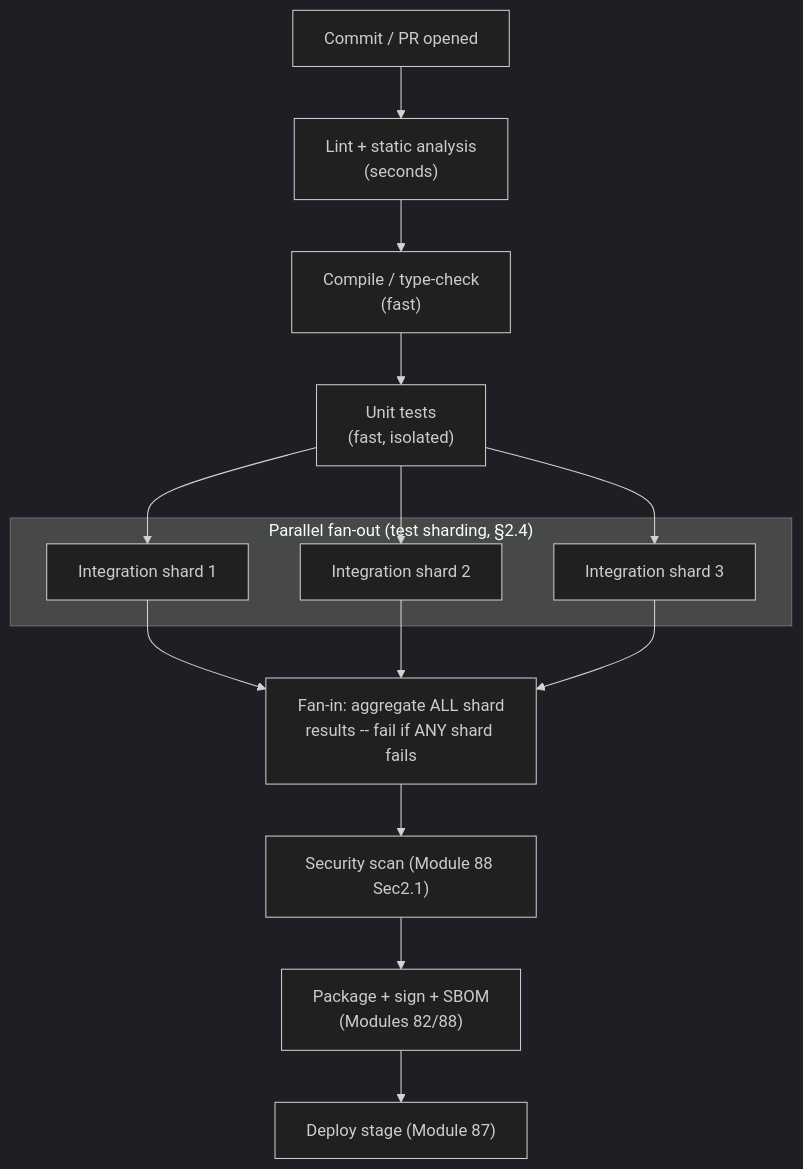
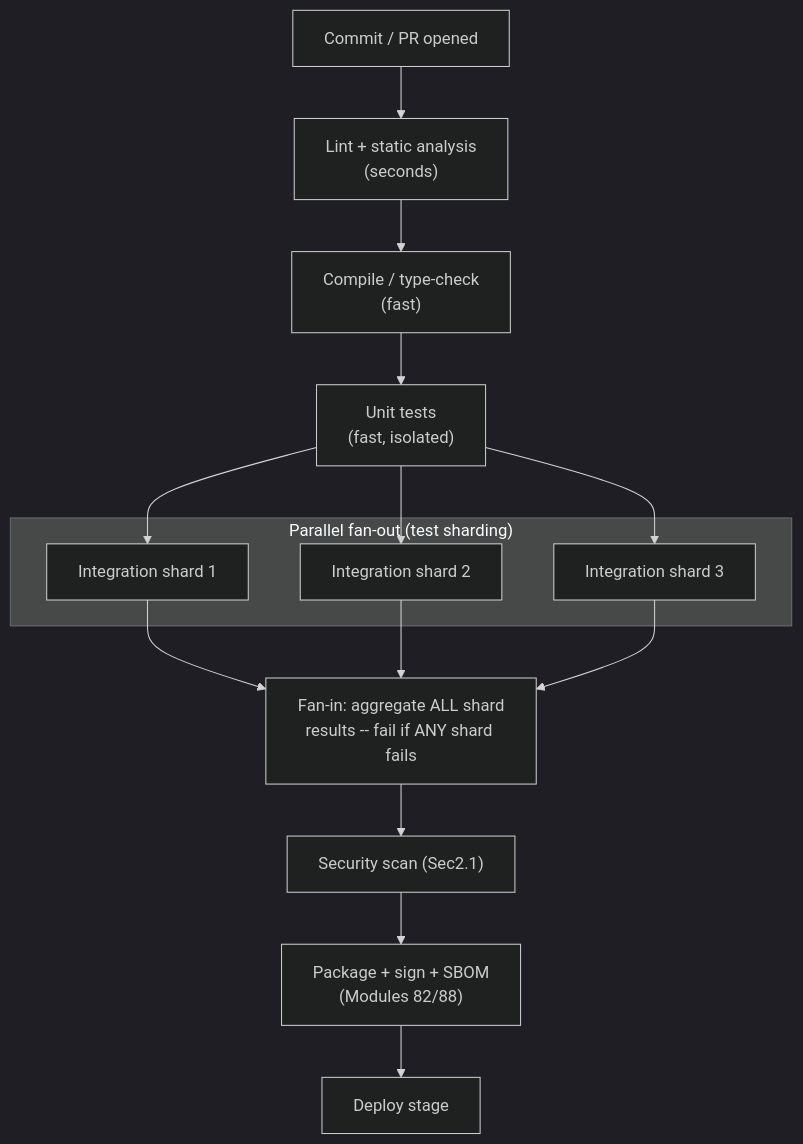
One commit to umashankarp/InterviewQuestions changed the first of 3 diagrams in 26-CICD/01-CIPipelineArchitecture-PipelineAsCode-Caching-Monorepo.md. Above: the diagram before and after it, drawn with Mermaid (dark theme). The commit also changed other lines of this file and 173 other files, not shown here.

````diff
--- a/26-CICD/01-CIPipelineArchitecture-PipelineAsCode-Caching-Monorepo.md
+++ b/26-CICD/01-CIPipelineArchitecture-PipelineAsCode-Caching-Monorepo.md
@@ -58,23 +58,23 @@
 ```mermaid
 graph TB
-    Commit["Commit / PR opened"]
-    Lint["Lint + static analysis<br/>(seconds)"]
-    Compile["Compile / type-check<br/>(fast)"]
-    UnitTests["Unit tests<br/>(fast, isolated)"]
+ Commit["Commit / PR opened"]
+ Lint["Lint + static analysis<br/>(seconds)"]
+ Compile["Compile / type-check<br/>(fast)"]
+ UnitTests["Unit tests<br/>(fast, isolated)"]
 
-    subgraph "Parallel fan-out (test sharding, §2.4)"
-        Shard1["Integration shard 1"]
-        Shard2["Integration shard 2"]
-        Shard3["Integration shard 3"]
-    end
+ subgraph "Parallel fan-out (test sharding)"
+ Shard1["Integration shard 1"]
+ Shard2["Integration shard 2"]
+ Shard3["Integration shard 3"]
+ end
 
-    FanIn["Fan-in: aggregate ALL shard<br/>results -- fail if ANY shard fails"]
-    Scan["Security scan (Module 88 Sec2.1)"]
-    Package["Package + sign + SBOM<br/>(Modules 82/88)"]
-    Deploy["Deploy stage (Module 87)"]
+ FanIn["Fan-in: aggregate ALL shard<br/>results -- fail if ANY shard fails"]
+ Scan["Security scan (Sec2.1)"]
+ Package["Package + sign + SBOM<br/>(Modules 82/88)"]
+ Deploy["Deploy stage"]
 
-    Commit --> Lint --> Compile --> UnitTests
-    UnitTests --> Shard1 & Shard2 & Shard3
-    Shard1 & Shard2 & Shard3 --> FanIn
-    FanIn --> Scan --> Package --> Deploy
+ Commit --> Lint --> Compile --> UnitTests
+ UnitTests --> Shard1 & Shard2 & Shard3
+ Shard1 & Shard2 & Shard3 --> FanIn
+ FanIn --> Scan --> Package --> Deploy
 ```
````
